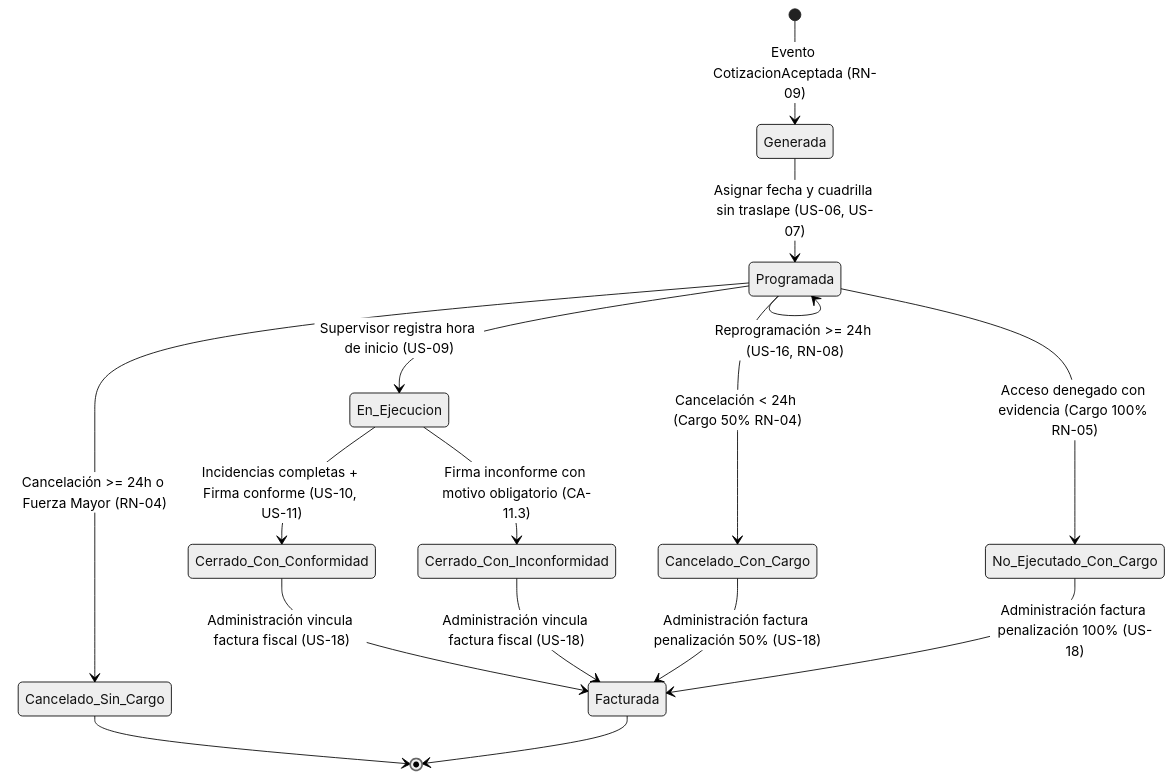
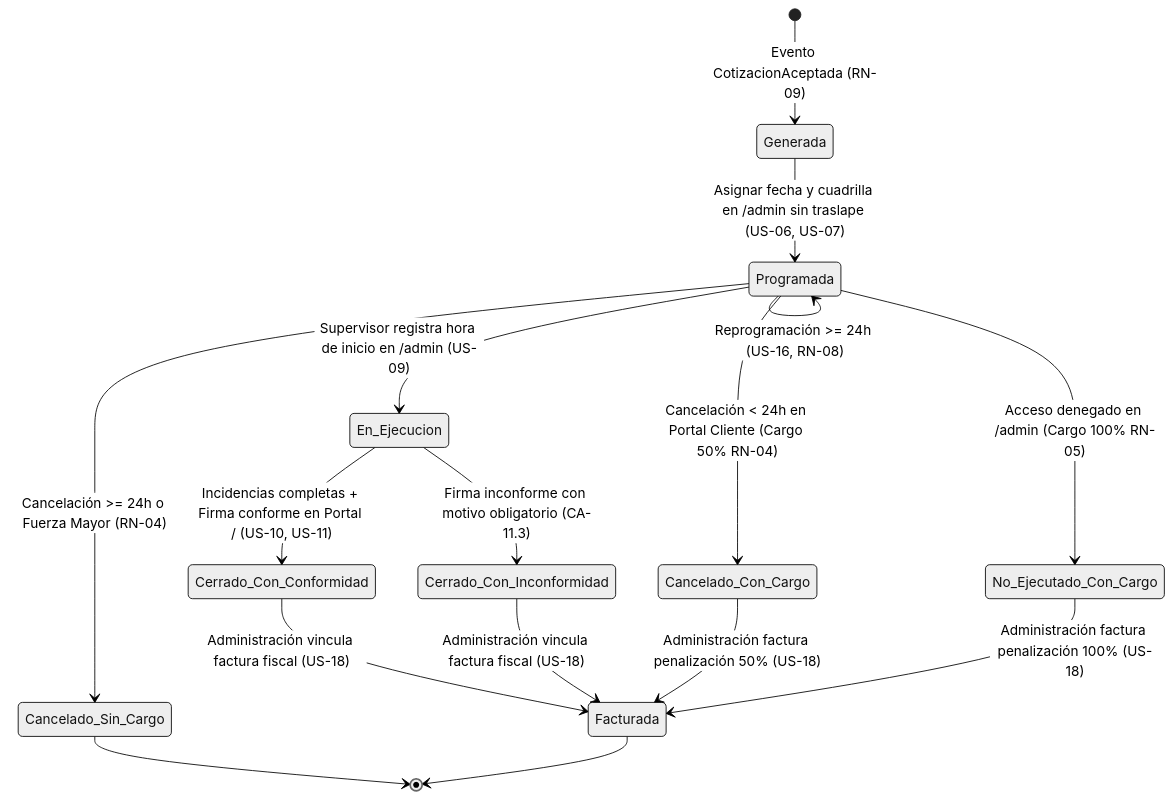
Before and after one commit to DamiNerio/CleanPro-CLNG-PIA-: the third of 6 diagrams in docs/architecture/Diagramas_UML.md, drawn with Mermaid (neutral theme). The commit also changed other lines of this file, not shown here.

Commit message:
modified:   docs/architecture/Diagramas_UML.md

````diff
--- a/docs/architecture/Diagramas_UML.md
+++ b/docs/architecture/Diagramas_UML.md
@@ -183,20 +184,20 @@
 ```mermaid
 stateDiagram-v2
     [*] --> Generada : Evento CotizacionAceptada (RN-09)
-    Generada --> Programada : Asignar fecha y cuadrilla sin traslape (US-06, US-07)
+    Generada --> Programada : Asignar fecha y cuadrilla en /admin sin traslape (US-06, US-07)
     Programada --> Programada : Reprogramación >= 24h (US-16, RN-08)
     Programada --> Cancelado_Sin_Cargo : Cancelación >= 24h o Fuerza Mayor (RN-04)
-    Programada --> Cancelado_Con_Cargo : Cancelación < 24h (Cargo 50% RN-04)
-    Programada --> No_Ejecutado_Con_Cargo : Acceso denegado con evidencia (Cargo 100% RN-05)
-    Programada --> En_Ejecucion : Supervisor registra hora de inicio (US-09)
-    En_Ejecucion --> Cerrado_Con_Conformidad : Incidencias completas + Firma conforme (US-10, US-11)
+    Programada --> Cancelado_Con_Cargo : Cancelación < 24h en Portal Cliente (Cargo 50% RN-04)
+    Programada --> No_Ejecutado_Con_Cargo : Acceso denegado en /admin (Cargo 100% RN-05)
+    Programada --> En_Ejecucion : Supervisor registra hora de inicio en /admin (US-09)
+    En_Ejecucion --> Cerrado_Con_Conformidad : Incidencias completas + Firma conforme en Portal / (US-10, US-11)
     En_Ejecucion --> Cerrado_Con_Inconformidad : Firma inconforme con motivo obligatorio (CA-11.3)
     
     Cerrado_Con_Conformidad --> Facturada : Administración vincula factura fiscal (US-18)
     Cerrado_Con_Inconformidad --> Facturada : Administración vincula factura fiscal (US-18)
     Cancelado_Con_Cargo --> Facturada : Administración factura penalización 50% (US-18)
     No_Ejecutado_Con_Cargo --> Facturada : Administración factura penalización 100% (US-18)
     
     Cancelado_Sin_Cargo --> [*]
     Facturada --> [*]
 ```
````
